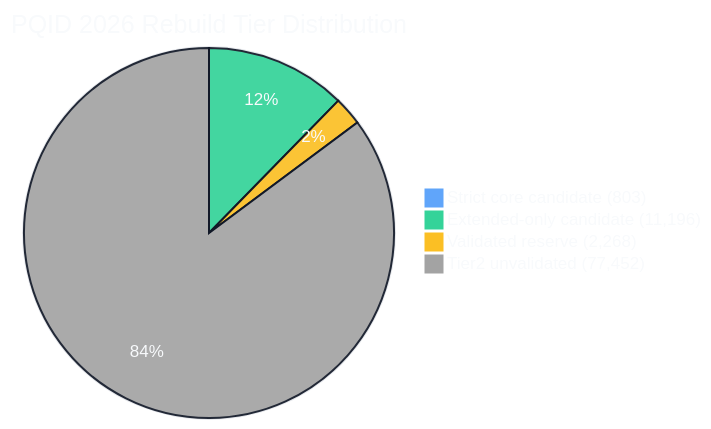
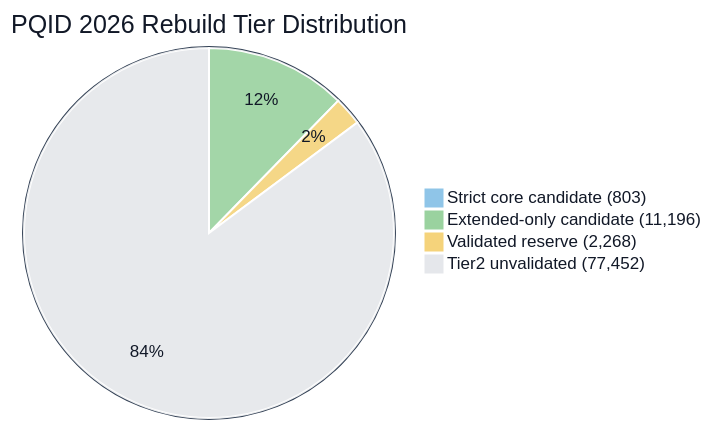
Before and after one commit to Elias-Abebe-Gasparini/PQID-Dataset: the third of 5 diagrams in README.md, drawn with Mermaid. The commit also changed other lines of this file and 76 other files, not shown here.

````diff
--- a/README.md
+++ b/README.md
@@ -218,8 +224,8 @@
 ```mermaid
-%%{init: {'theme': 'base', 'themeVariables': {'background': '#111827', 'mainBkg': '#111827', 'textColor': '#f8fafc', 'primaryTextColor': '#f8fafc', 'pieTitleTextColor': '#f8fafc', 'pieSectionTextColor': '#f8fafc', 'pieLegendTextColor': '#f8fafc', 'pieStrokeColor': '#111827', 'pieOuterStrokeColor': '#e5e7eb', 'pieOpacity': '0.92', 'pie1': '#60a5fa', 'pie2': '#34d399', 'pie3': '#fbbf24', 'pie4': '#a3a3a3', 'fontFamily': 'Arial, sans-serif'}}}%%
+%%{init: {'theme': 'base', 'themeVariables': {'background': '#ffffff', 'mainBkg': '#ffffff', 'textColor': '#111827', 'primaryTextColor': '#111827', 'pieTitleTextColor': '#111827', 'pieSectionTextColor': '#111827', 'pieLegendTextColor': '#111827', 'pieStrokeColor': '#ffffff', 'pieOuterStrokeColor': '#334155', 'pieOpacity': '0.9', 'pie1': '#8fc5e8', 'pie2': '#9ad29f', 'pie3': '#f5d37b', 'pie4': '#e5e7eb', 'fontFamily': 'Arial, sans-serif'}}}%%
 pie title PQID 2026 Rebuild Tier Distribution
     "Strict core candidate (803)" : 803
     "Extended-only candidate (11,196)" : 11196
     "Validated reserve (2,268)" : 2268
     "Tier2 unvalidated (77,452)" : 77452
 ```
````
